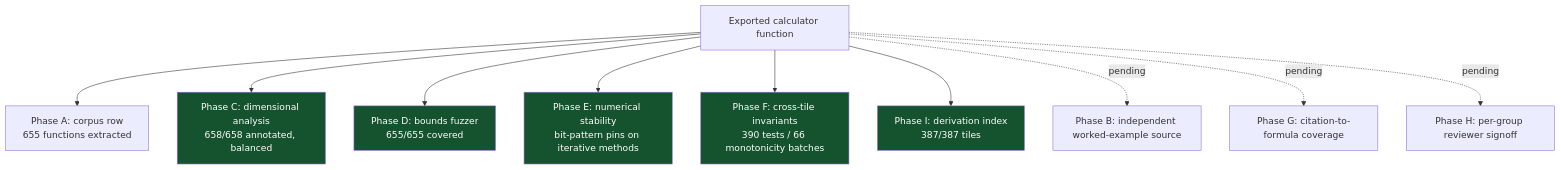
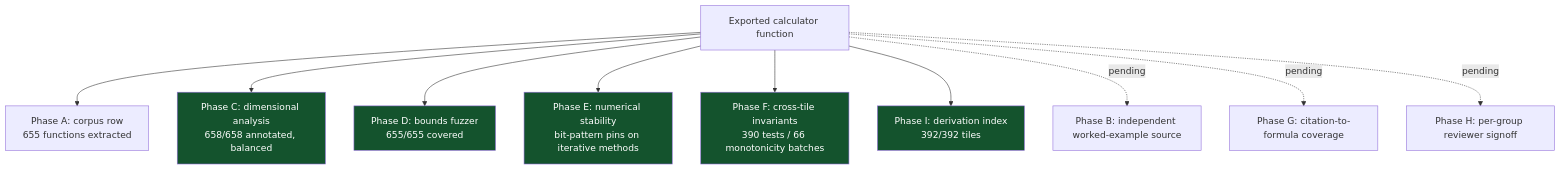
The fourth of 5 diagrams in README.md (clay-good/roughlogic.com), drawn with Mermaid before and after one commit. The commit also changed other lines of this file and 17 other files, not shown here.

````diff
--- a/README.md
+++ b/README.md
@@ -204,17 +204,17 @@
 ```mermaid
 flowchart TB
     F[Exported calculator function] --> A[Phase A: corpus row\n655 functions extracted]
     F --> C[Phase C: dimensional analysis\n658/658 annotated, balanced]
     F --> D[Phase D: bounds fuzzer\n655/655 covered]
     F --> E[Phase E: numerical stability\nbit-pattern pins on iterative methods]
     F --> Fa[Phase F: cross-tile invariants\n390 tests / 66 monotonicity batches]
-    F --> I[Phase I: derivation index\n387/387 tiles]
+    F --> I[Phase I: derivation index\n392/392 tiles]
     F -.pending.-> B[Phase B: independent worked-example source]
     F -.pending.-> G[Phase G: citation-to-formula coverage]
     F -.pending.-> H[Phase H: per-group reviewer signoff]
     style C fill:#14532d,color:#fff
     style D fill:#14532d,color:#fff
     style E fill:#14532d,color:#fff
     style Fa fill:#14532d,color:#fff
     style I fill:#14532d,color:#fff
 ```
````
